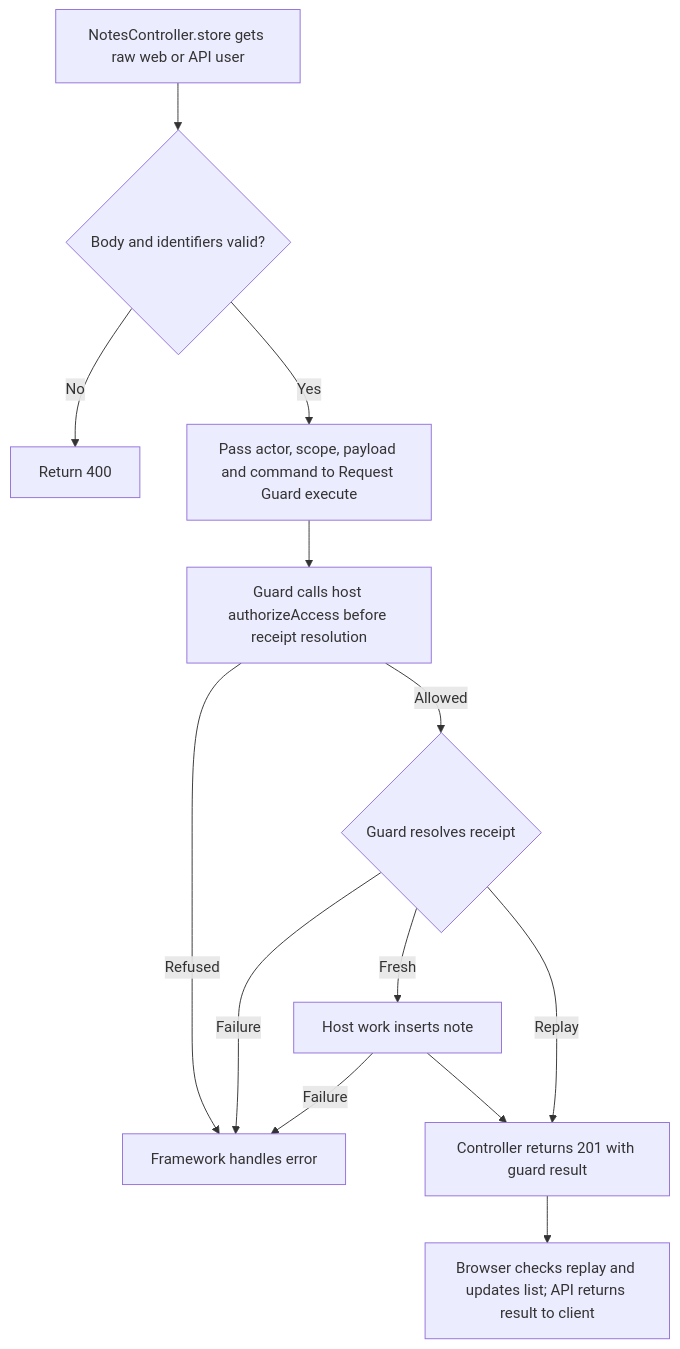
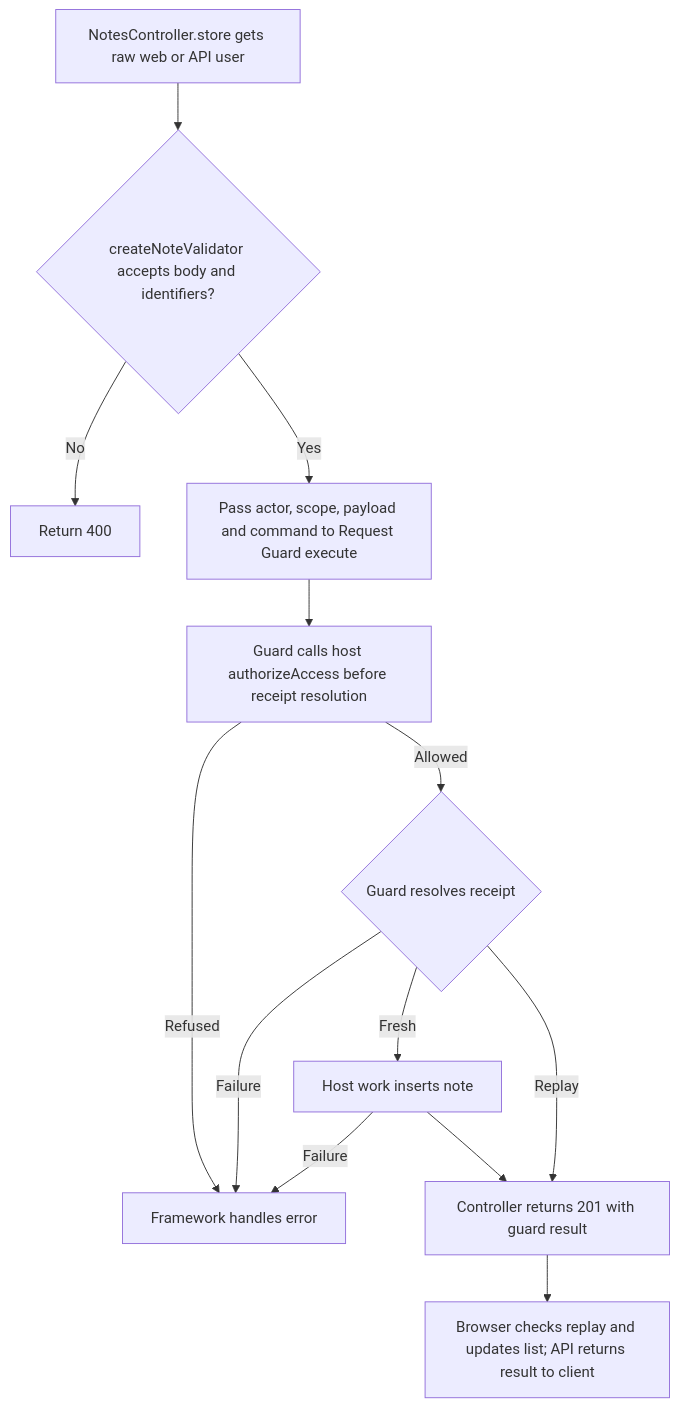
Before and after one commit to Kevinjohn/oss-adonisjs-starter-examples: the second of 2 diagrams in user-stories/notes/us-note-02-create-note.md, drawn with Mermaid. The commit also changed other lines of this file and 25 other files, not shown here.

````diff
--- a/user-stories/notes/us-note-02-create-note.md
+++ b/user-stories/notes/us-note-02-create-note.md
@@ -33,15 +33,15 @@
 ```mermaid
 flowchart TD
-    A["NotesController.store gets raw web or API user"] --> B{"Body and identifiers valid?"}
+    A["NotesController.store gets raw web or API user"] --> B{"createNoteValidator accepts body and identifiers?"}
     B -->|No| C["Return 400"]
     B -->|Yes| D["Pass actor, scope, payload and command to Request Guard execute"]
     D --> E["Guard calls host authorizeAccess before receipt resolution"]
     E -->|Refused| H["Framework handles error"]
     E -->|Allowed| F{"Guard resolves receipt"}
     F -->|Fresh| J["Host work inserts note"]
     J --> G["Controller returns 201 with guard result"]
     F -->|Replay| G
     F -->|Failure| H
     J -->|Failure| H
     G --> I["Browser checks replay and updates list; API returns result to client"]
 ```
````
